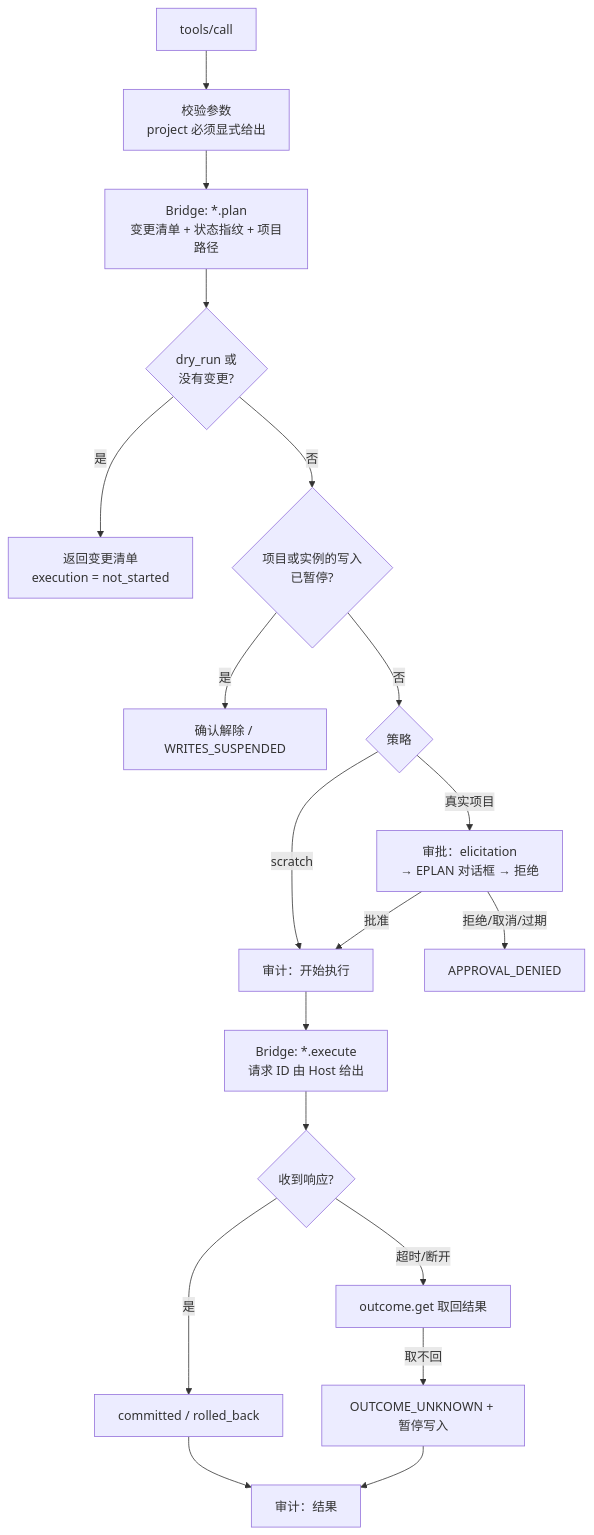
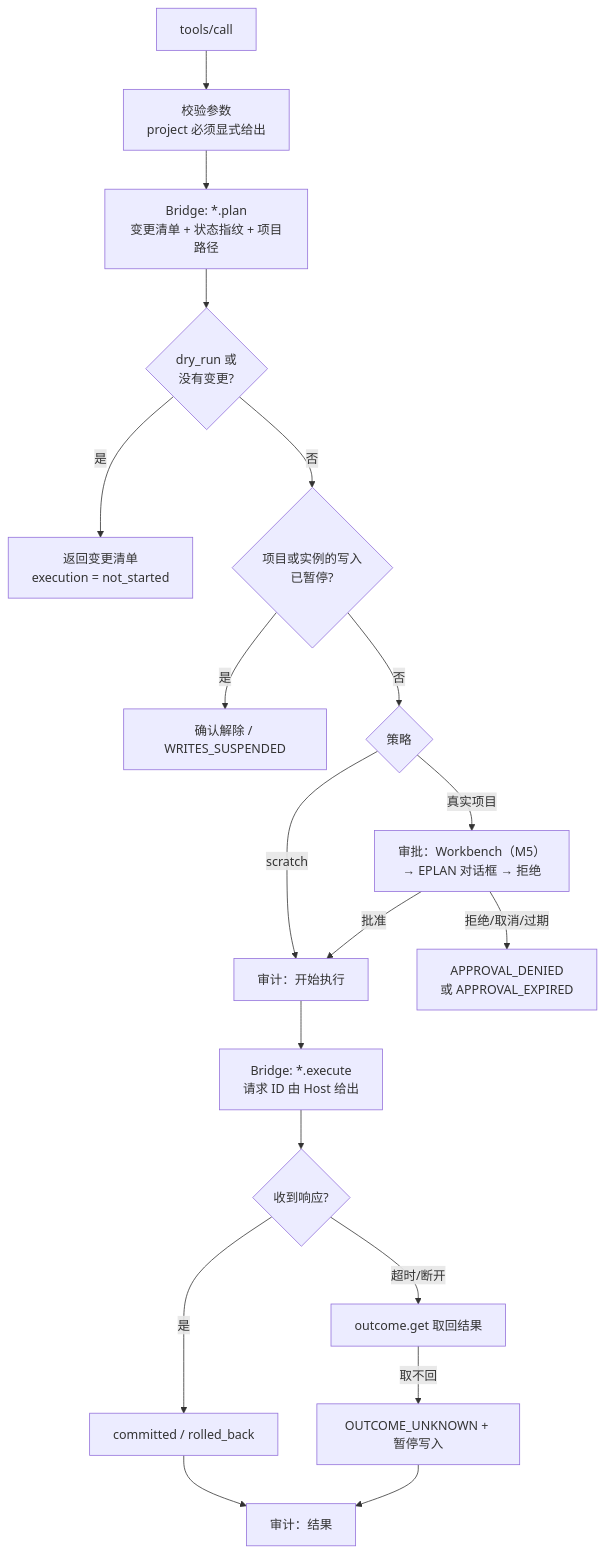
The diagram in docs/design/2026-10-19-m3-safe-writes.md (asckye/eplan-mcp), drawn with Mermaid before and after one commit. The commit also changed other lines of this file and 7 other files, not shown here.

````diff
--- a/docs/design/2026-10-19-m3-safe-writes.md
+++ b/docs/design/2026-10-19-m3-safe-writes.md
@@ -52,21 +52,21 @@
 ```mermaid
 flowchart TD
     A[tools/call] --> B[校验参数<br/>project 必须显式给出]
     B --> D[Bridge: *.plan<br/>变更清单 + 状态指纹 + 项目路径]
     D --> E{dry_run 或<br/>没有变更?}
     E -- 是 --> E1[返回变更清单<br/>execution = not_started]
     E -- 否 --> C{项目或实例的写入<br/>已暂停?}
     C -- 是 --> C1[确认解除 / WRITES_SUSPENDED]
     C -- 否 --> F{策略}
     F -- scratch --> H
-    F -- 真实项目 --> G[审批：elicitation<br/>→ EPLAN 对话框 → 拒绝]
+    F -- 真实项目 --> G[审批：Workbench（M5）<br/>→ EPLAN 对话框 → 拒绝]
     G -- 批准 --> H[审计：开始执行]
-    G -- 拒绝/取消/过期 --> G1[APPROVAL_DENIED]
+    G -- 拒绝/取消/过期 --> G1[APPROVAL_DENIED<br/>或 APPROVAL_EXPIRED]
     H --> I[Bridge: *.execute<br/>请求 ID 由 Host 给出]
     I --> J{收到响应?}
     J -- 是 --> K[committed / rolled_back]
     J -- 超时/断开 --> L[outcome.get 取回结果]
     L -- 取不回 --> M[OUTCOME_UNKNOWN + 暂停写入]
     K --> N[审计：结果]
     M --> N
 ```
````
